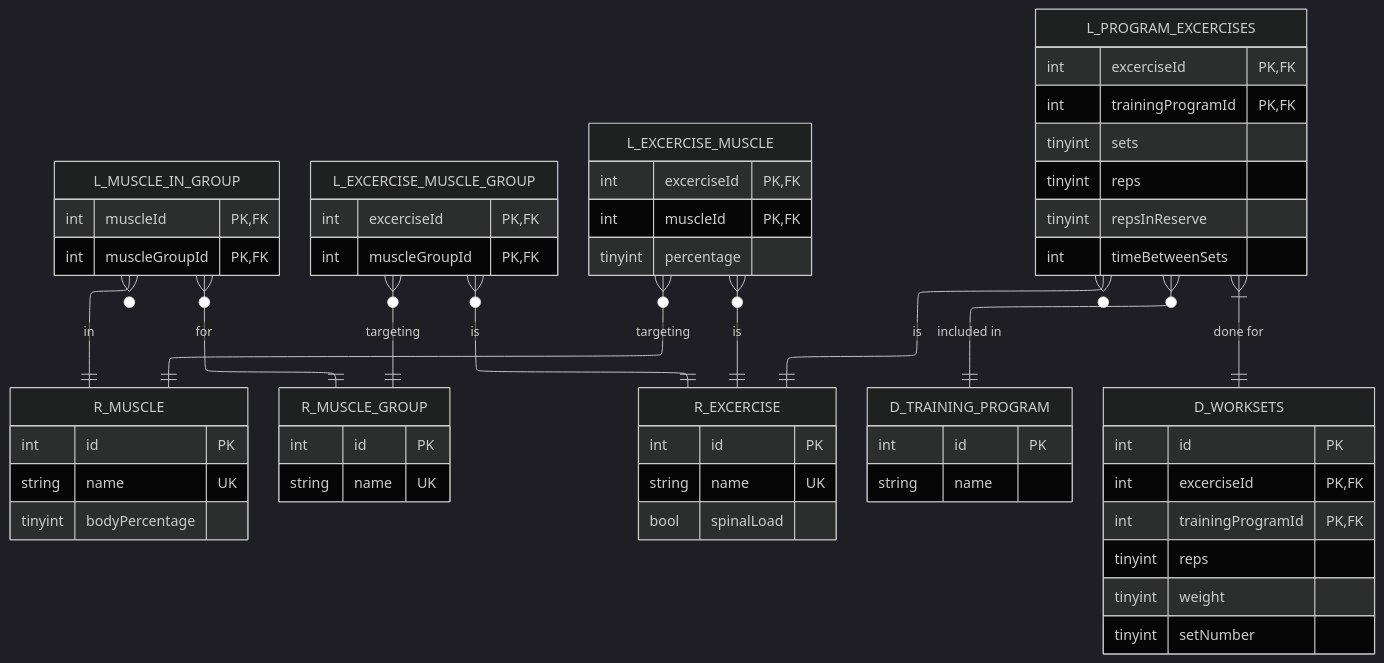
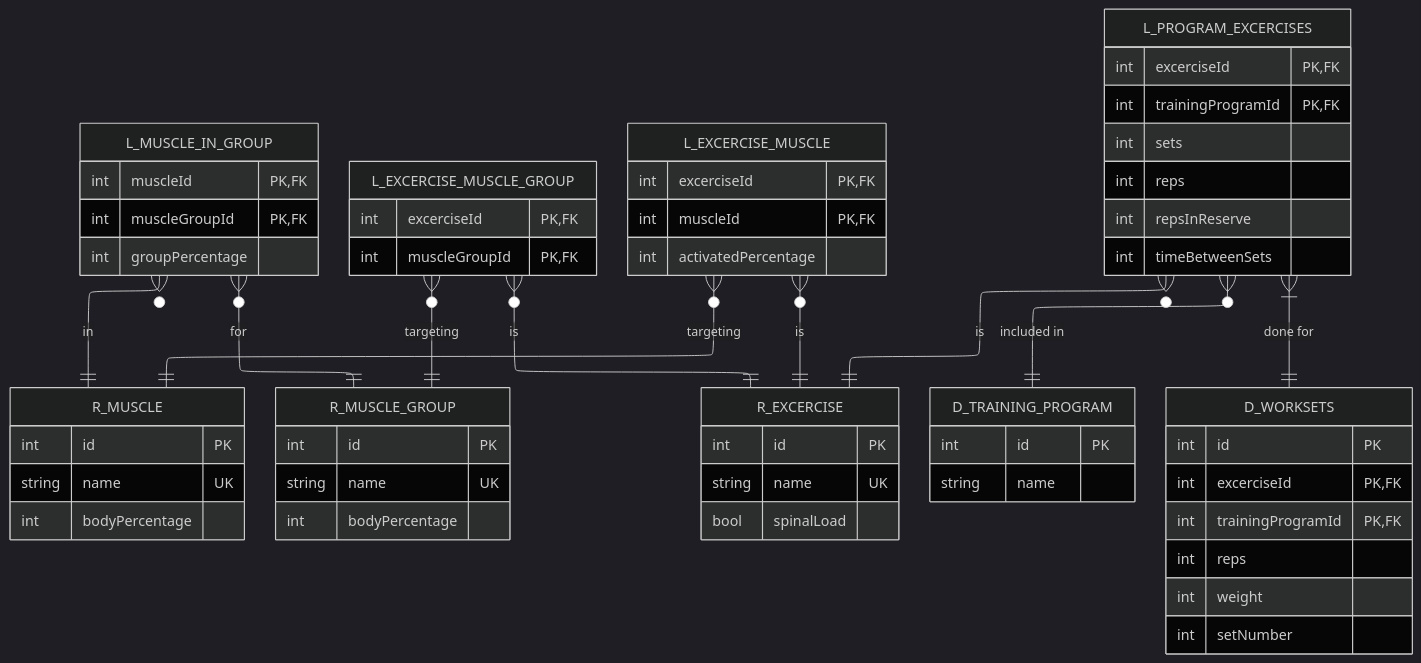
The diagram in README.md (FBGFi/workout-analyzer), drawn with Mermaid (dark theme) before and after one commit. The commit also changed 6 other files, not shown here.

````diff
--- a/README.md
+++ b/README.md
@@ -5,70 +5,72 @@
 ```mermaid
 ---
 config:
   layout: elk
 ---
 erDiagram
     R_MUSCLE {
       int id PK
       string name UK
-      tinyint bodyPercentage
+      int bodyPercentage
     }
     R_MUSCLE_GROUP {
       int id PK
       string name UK
+      int bodyPercentage
     }
     R_EXCERCISE {
       int id PK
       string name UK
       bool spinalLoad
     }
 
     D_TRAINING_PROGRAM {
       int id PK
       string name
     }
     D_WORKSETS {
       int id PK
       int excerciseId PK,FK
       int trainingProgramId PK,FK
-      tinyint reps
-      tinyint weight
-      tinyint setNumber
+      int reps
+      int weight
+      int setNumber
     }
 
     L_MUSCLE_IN_GROUP {
       int muscleId PK,FK
       int muscleGroupId PK,FK
+      int groupPercentage
     }
     L_MUSCLE_IN_GROUP }o--|| R_MUSCLE_GROUP : for
     L_MUSCLE_IN_GROUP }o--|| R_MUSCLE : in
 
     L_EXCERCISE_MUSCLE_GROUP {
       int excerciseId PK,FK
       int muscleGroupId PK,FK
     }
     L_EXCERCISE_MUSCLE_GROUP }o--|| R_MUSCLE_GROUP : targeting
     L_EXCERCISE_MUSCLE_GROUP }o--|| R_EXCERCISE : is
 
     L_EXCERCISE_MUSCLE {
       int excerciseId PK,FK
       int muscleId PK,FK
-      tinyint percentage
+      int activatedPercentage
     }
     L_EXCERCISE_MUSCLE }o--|| R_MUSCLE : targeting
     L_EXCERCISE_MUSCLE }o--|| R_EXCERCISE : is
 
     L_PROGRAM_EXCERCISES {
       int excerciseId PK,FK
       int trainingProgramId PK,FK
-      tinyint sets
-      tinyint reps
-      tinyint repsInReserve
+      int sets
+      int reps
+      int repsInReserve
       int timeBetweenSets
     }
     L_PROGRAM_EXCERCISES }o--|| D_TRAINING_PROGRAM : "included in"
     L_PROGRAM_EXCERCISES }o--|| R_EXCERCISE : is
     L_PROGRAM_EXCERCISES }|--|| D_WORKSETS : "done for"
 
 
 ```
````
